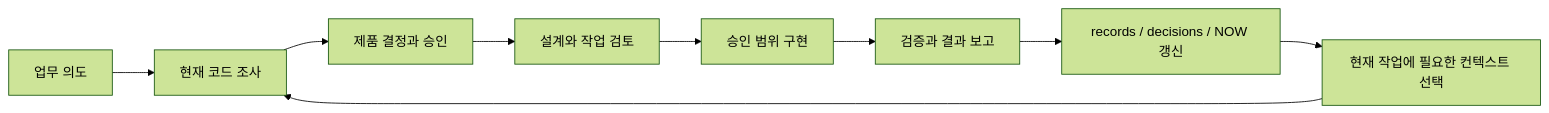
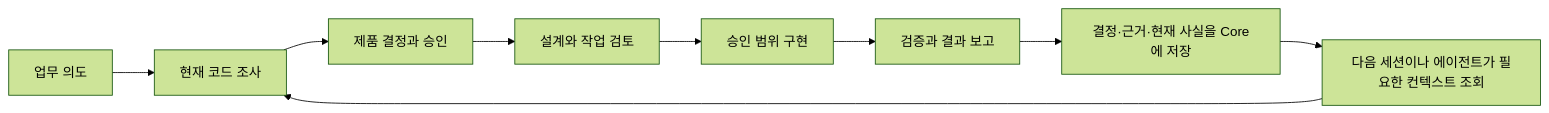
One commit to msang710/SKIP changed the diagram in README.md. Above: the diagram before and after it, drawn with Mermaid (forest theme). The commit also changed other lines of this file and 32 other files, not shown here.

````diff
--- a/README.md
+++ b/README.md
@@ -52,11 +38,11 @@
 ```mermaid
 flowchart LR
     A[업무 의도] --> B[현재 코드 조사]
     B --> C[제품 결정과 승인]
     C --> D[설계와 작업 검토]
     D --> E[승인 범위 구현]
     E --> F[검증과 결과 보고]
-    F --> G[records / decisions / NOW 갱신]
-    G --> H[현재 작업에 필요한 컨텍스트 선택]
+    F --> G[결정·근거·현재 사실을 Core에 저장]
+    G --> H[다음 세션이나 에이전트가 필요한 컨텍스트 조회]
     H --> B
 ```
````
